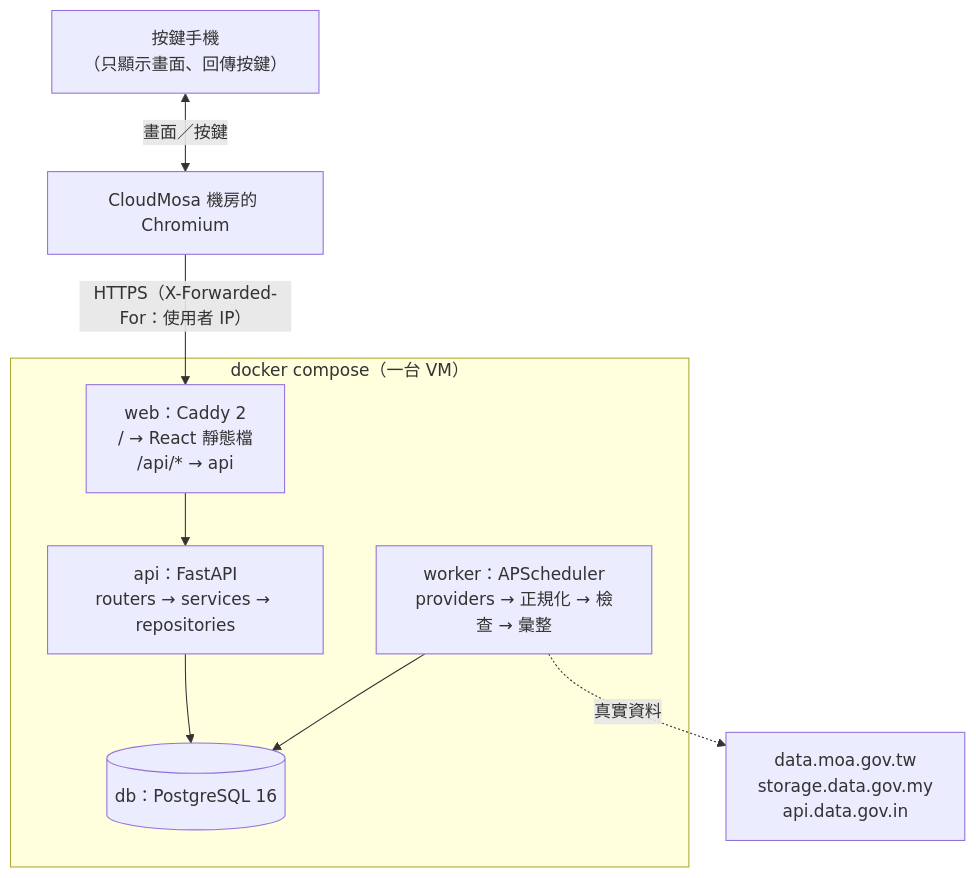
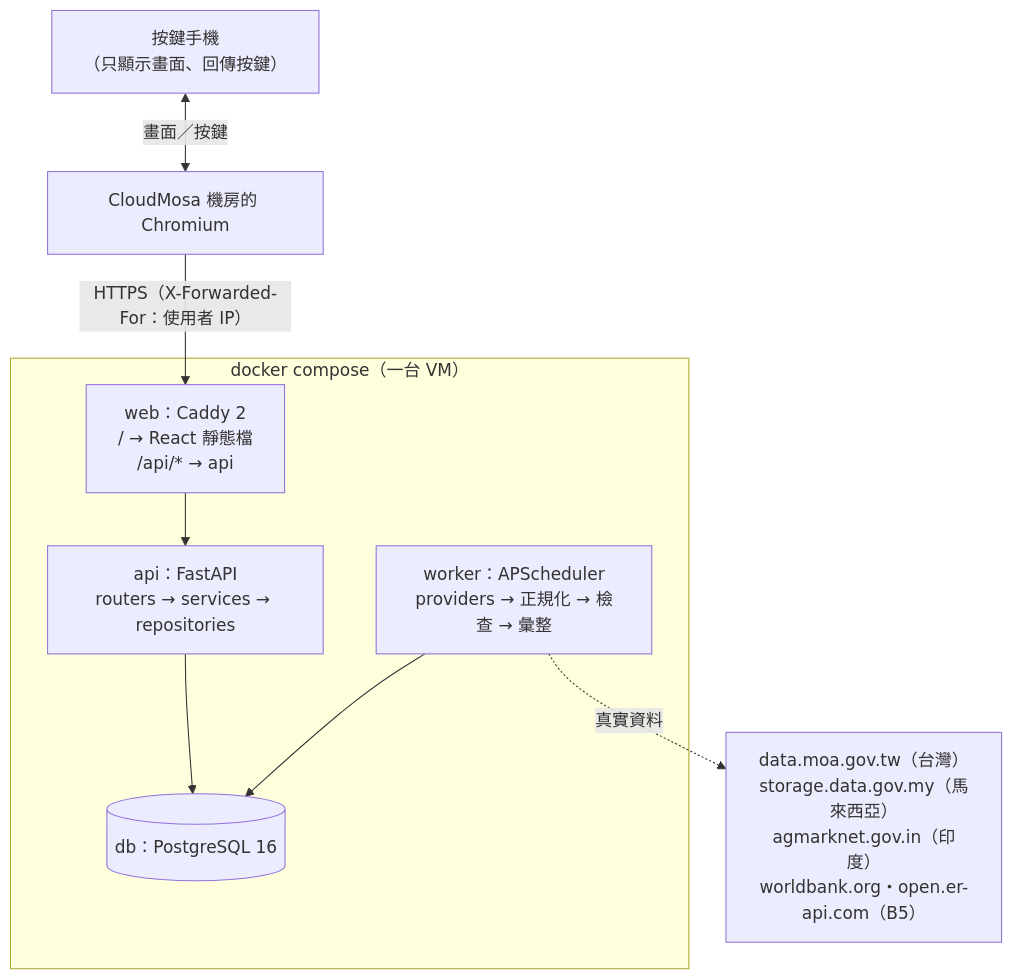
The diagram in README.md (dw650/2026-MeichuHackathon-CloudMosa), drawn with Mermaid before and after one commit. The commit also changed other lines of this file and 4 other files, not shown here.

````diff
--- a/README.md
+++ b/README.md
@@ -42,15 +59,15 @@
 ```mermaid
 flowchart TB
   phone["按鍵手機<br/>（只顯示畫面、回傳按鍵）"] <-->|畫面／按鍵| chromium["CloudMosa 機房的 Chromium"]
   chromium -->|"HTTPS（X-Forwarded-For：使用者 IP）"| web
   subgraph compose["docker compose（一台 VM）"]
     web["web：Caddy 2<br/>/ → React 靜態檔<br/>/api/* → api"]
     api["api：FastAPI<br/>routers → services → repositories"]
     worker["worker：APScheduler<br/>providers → 正規化 → 檢查 → 彙整"]
     db[("db：PostgreSQL 16")]
     web --> api
     api --> db
     worker --> db
   end
-  worker -.->|真實資料| sources["data.moa.gov.tw<br/>storage.data.gov.my<br/>api.data.gov.in"]
+  worker -.->|真實資料| sources["data.moa.gov.tw（台灣）<br/>storage.data.gov.my（馬來西亞）<br/>agmarknet.gov.in（印度）<br/>worldbank.org・open.er-api.com（B5）"]
 ```
````
